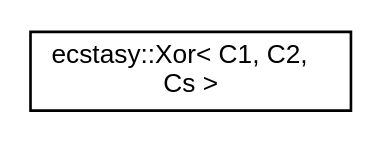
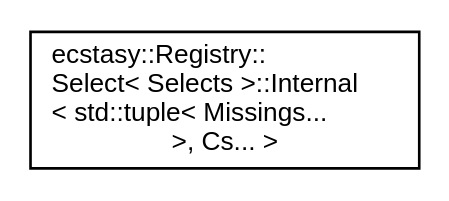
One commit to AndreasLrx/ecstasy changed the diagram in inherit_graph_49.dot. Above: the diagram before and after it, drawn with Graphviz. The commit also changed 313 other files, not shown here.

```diff
--- a/inherit_graph_49.dot
+++ b/inherit_graph_49.dot
@@ -1,8 +1,8 @@
 digraph "Graphical Class Hierarchy"
 {
  // LATEX_PDF_SIZE
   edge [fontname="Helvetica",fontsize="10",labelfontname="Helvetica",labelfontsize="10"];
   node [fontname="Helvetica",fontsize="10",shape=record];
   rankdir="LR";
-  Node0 [label="ecstasy::Xor\< C1, C2,\l Cs \>",height=0.2,width=0.4,color="black", fillcolor="white", style="filled",URL="$structecstasy_1_1_xor.html",tooltip="Placeholder for ecstasy::query::modifier::Xor."];
+  Node0 [label="ecstasy::Registry::\lSelect\< Selects \>::Internal\l\< std::tuple\< Missings...\l \>, Cs... \>",height=0.2,width=0.4,color="black", fillcolor="white", style="filled",URL="$structecstasy_1_1_registry_1_1_select_1_1_internal_3_01std_1_1tuple_3_01_missings_8_8_8_01_4_00_01_cs_8_8_8_01_4.html",tooltip=" "];
 }
```
